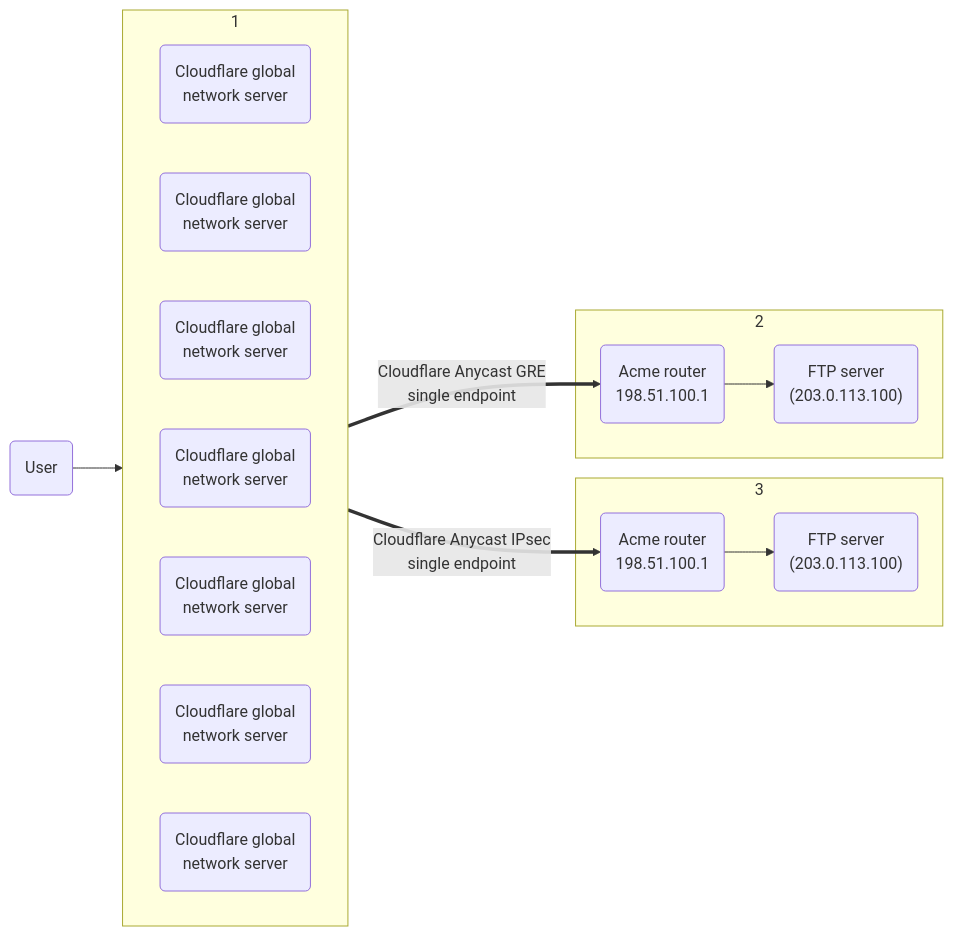
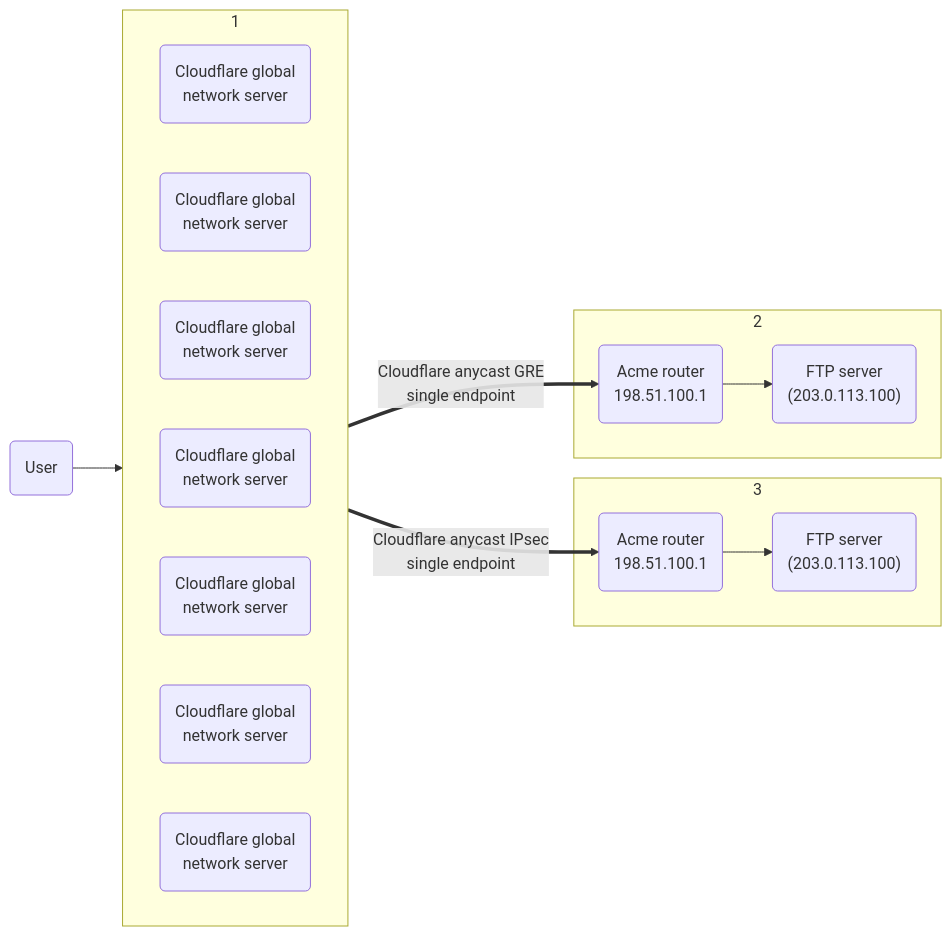
Before and after one commit to rdhanarot/cloudflare-docs: the second of 2 diagrams in content/magic-transit/_partials/tunnels-reference/_tunnels-encapsulation-opening.md, drawn with Mermaid. The commit also changed other lines of this file and 66 other files, not shown here.

````diff
--- a/content/magic-transit/_partials/tunnels-reference/_tunnels-encapsulation-opening.md
+++ b/content/magic-transit/_partials/tunnels-reference/_tunnels-encapsulation-opening.md
@@ -49,32 +49,32 @@
 ```mermaid
 flowchart LR
 accTitle: Anycast tunnel
-accDescr: Multiple servers in data center preparing packets to send through Anycast tunnel.
+accDescr: Multiple servers in data center preparing packets to send through anycast tunnel.
 
 a(User)
 
 subgraph 1
 direction LR
 b(Cloudflare global <br> network server)
 c(Cloudflare global <br> network server)
 d(Cloudflare global <br> network server)
 e(Cloudflare global <br> network server)
 f(Cloudflare global <br> network server)
 g(Cloudflare global <br> network server)
 h(Cloudflare global <br> network server)
 end
 
 subgraph 2
 i("Acme router <br> 198.51.100.1")
 j("FTP server <br> (203.0.113.100)")
 end
 
 subgraph 3
 x("Acme router <br> 198.51.100.1")
 z("FTP server <br> (203.0.113.100)")
 end
 
-a --> 1== Cloudflare Anycast GRE <br> single endpoint ==>i --> j
+a --> 1== Cloudflare anycast GRE <br> single endpoint ==>i --> j
 
-1== Cloudflare Anycast IPsec <br> single endpoint ==>x --> z
+1== Cloudflare anycast IPsec <br> single endpoint ==>x --> z
 ```
````
